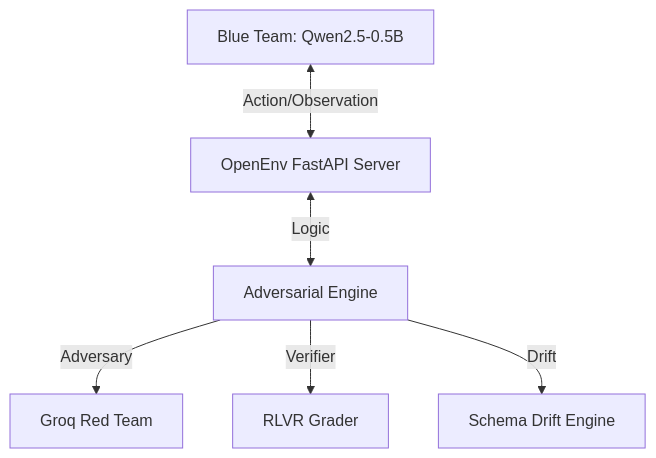
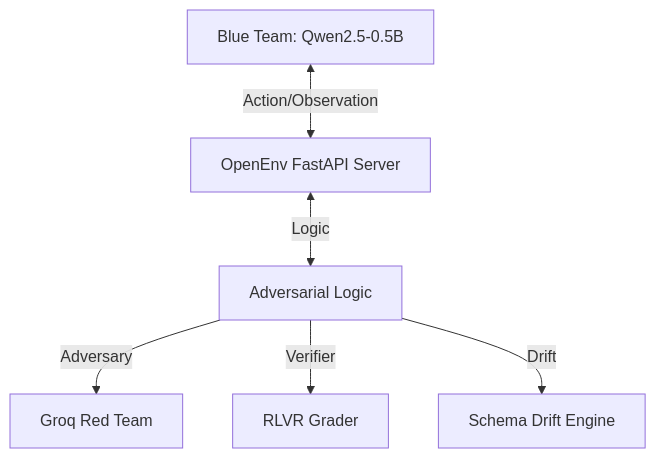
One commit to agp-369/infra-security-agent-workflow changed the diagram in README.md. Above: the diagram before and after it, drawn with Mermaid. The commit also changed other lines of this file and 2 other files, not shown here.

````diff
--- a/README.md
+++ b/README.md
@@ -16,8 +28,8 @@
 ```mermaid
 graph TD
     Agent[Blue Team: Qwen2.5-0.5B] <--> |Action/Observation| EnvServer[OpenEnv FastAPI Server]
-    EnvServer <--> |Logic| SecurityLogEnv[Adversarial Engine]
+    EnvServer <--> |Logic| SecurityLogEnv[Adversarial Logic]
     SecurityLogEnv --> |Adversary| RedTeam[Groq Red Team]
     SecurityLogEnv --> |Verifier| RLVR[RLVR Grader]
     SecurityLogEnv --> |Drift| Drift[Schema Drift Engine]
 ```
````
